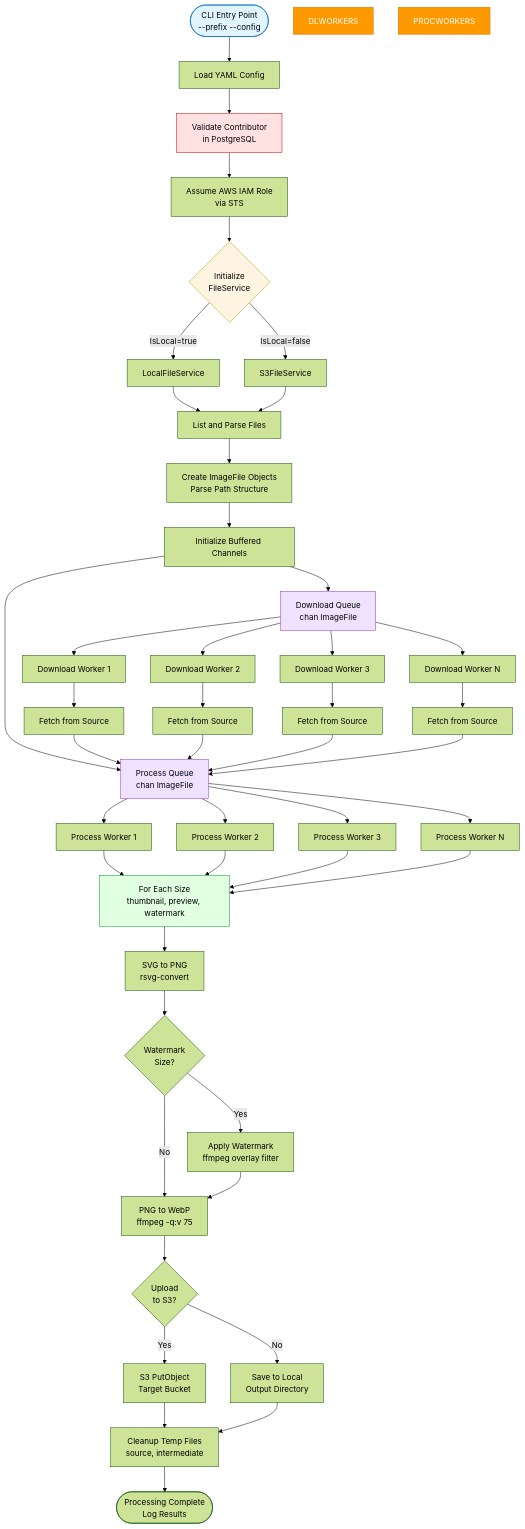
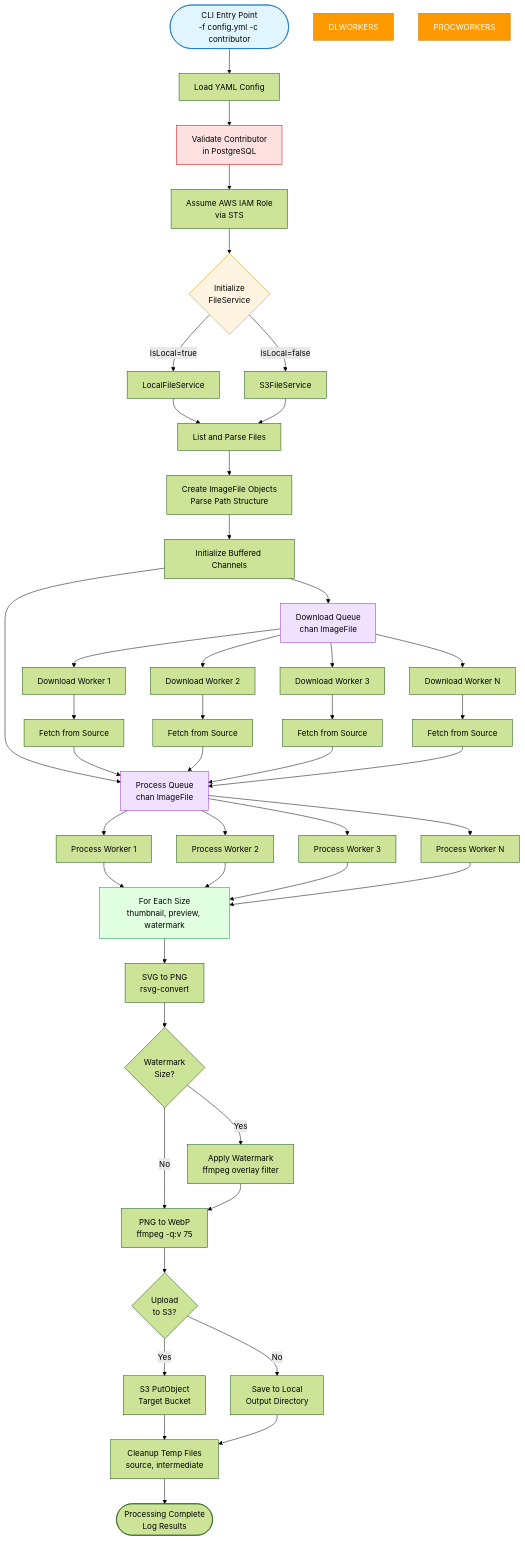
Before and after one commit to iconifyit/go-batch-svg-to-webp: the diagram in ARCHITECTURE.md, drawn with Mermaid (forest theme). The commit also changed other lines of this file and 1 other file, not shown here.

Commit message:
docs: correct CLI flags and branding in legacy docs (#12)

````diff
--- a/ARCHITECTURE.md
+++ b/ARCHITECTURE.md
@@ -33,69 +33,69 @@
 ```mermaid
 graph TB
-    START([CLI Entry Point<br/>--prefix --config]) --> CONFIG[Load YAML Config]
+    START([CLI Entry Point<br/>-f config.yml -c contributor]) --> CONFIG[Load YAML Config]
 
     CONFIG --> VALIDATE[Validate Contributor<br/>in PostgreSQL]
     VALIDATE --> ROLE[Assume AWS IAM Role<br/>via STS]
     ROLE --> FILESERVICE{Initialize<br/>FileService}
 
     FILESERVICE -->|IsLocal=true| LOCAL[LocalFileService]
     FILESERVICE -->|IsLocal=false| S3FS[S3FileService]
 
     LOCAL --> LISTFILES[List and Parse Files]
     S3FS --> LISTFILES
 
     LISTFILES --> IMAGEFILES[Create ImageFile Objects<br/>Parse Path Structure]
     IMAGEFILES --> QUEUES[Initialize Buffered Channels]
 
     QUEUES --> DOWNLOADQ[Download Queue<br/>chan ImageFile]
     QUEUES --> PROCESSQ[Process Queue<br/>chan ImageFile]
 
     DOWNLOADQ --> DLW1[Download Worker 1]
     DOWNLOADQ --> DLW2[Download Worker 2]
     DOWNLOADQ --> DLW3[Download Worker 3]
     DOWNLOADQ --> DLWN[Download Worker N]
 
     DLW1 --> FETCH1[Fetch from Source]
     DLW2 --> FETCH2[Fetch from Source]
     DLW3 --> FETCH3[Fetch from Source]
     DLWN --> FETCHN[Fetch from Source]
 
     FETCH1 --> PROCESSQ
     FETCH2 --> PROCESSQ
     FETCH3 --> PROCESSQ
     FETCHN --> PROCESSQ
 
     PROCESSQ --> PW1[Process Worker 1]
     PROCESSQ --> PW2[Process Worker 2]
     PROCESSQ --> PW3[Process Worker 3]
     PROCESSQ --> PWN[Process Worker N]
 
     PW1 --> SIZES[For Each Size<br/>thumbnail, preview, watermark]
     PW2 --> SIZES
     PW3 --> SIZES
     PWN --> SIZES
     SIZES --> SVG2PNG[SVG to PNG<br/>rsvg-convert]
 
     SVG2PNG --> CHECKWM{Watermark<br/>Size?}
     CHECKWM -->|Yes| APPLYWM[Apply Watermark<br/>ffmpeg overlay filter]
     CHECKWM -->|No| PNG2WEBP[PNG to WebP<br/>ffmpeg -q:v 75]
     APPLYWM --> PNG2WEBP
 
     PNG2WEBP --> UPLOADCHECK{Upload<br/>to S3?}
     UPLOADCHECK -->|Yes| S3UPLOAD[S3 PutObject<br/>Target Bucket]
     UPLOADCHECK -->|No| LOCALSAVE[Save to Local<br/>Output Directory]
 
     S3UPLOAD --> CLEANUP[Cleanup Temp Files<br/>source, intermediate]
     LOCALSAVE --> CLEANUP
 
     CLEANUP --> DONE([Processing Complete<br/>Log Results])
 
     style START fill:#e1f5ff,stroke:#0066cc
     style FILESERVICE fill:#fff4e1,stroke:#cc9900
     style DOWNLOADQ fill:#f0e1ff,stroke:#9933cc
     style PROCESSQ fill:#f0e1ff,stroke:#9933cc
     style DLWORKERS fill:#FF9900,stroke:#cc7a00,color:#fff
     style PROCWORKERS fill:#FF9900,stroke:#cc7a00,color:#fff
     style SIZES fill:#e1ffe1,stroke:#009933
     style VALIDATE fill:#ffe1e1,stroke:#cc0000
 ```
````
